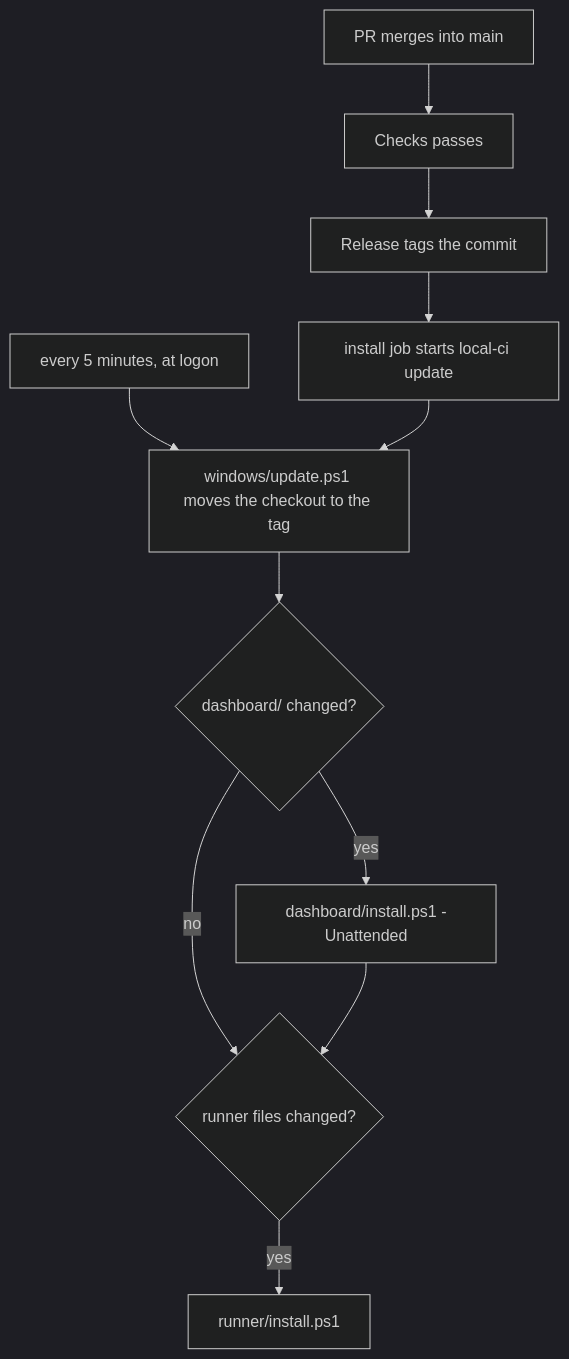
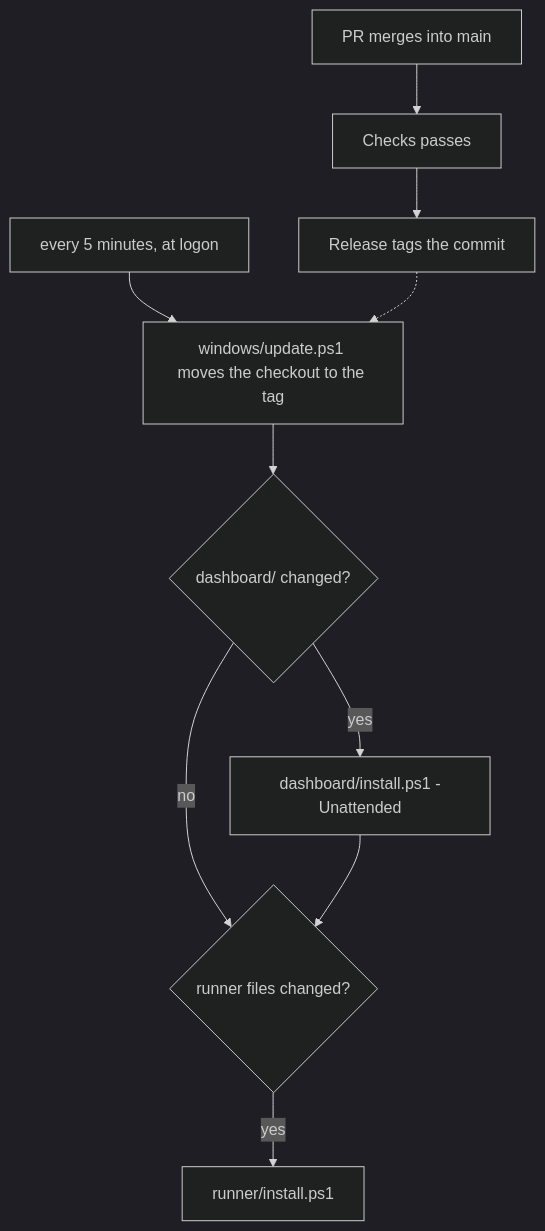
The fourth of 6 diagrams in docs/user-flows.md (workbench-soft/local-ci), drawn with Mermaid (dark theme) before and after one commit. The commit also changed other lines of this file and 10 other files, not shown here.

````diff
--- a/docs/user-flows.md
+++ b/docs/user-flows.md
@@ -70,13 +70,12 @@
 ```mermaid
 flowchart TD
   A[PR merges into main] --> B[Checks passes]
   B --> C[Release tags the commit]
-  C --> D[install job starts local-ci update]
   T[every 5 minutes, at logon] --> E
-  D --> E[windows/update.ps1 moves the checkout to the tag]
+  C -.-> E[windows/update.ps1 moves the checkout to the tag]
   E --> F{dashboard/ changed?}
   F -- yes --> G[dashboard/install.ps1 -Unattended]
   F -- no --> H
   G --> H{runner files changed?}
   H -- yes --> I[runner/install.ps1]
 ```
````
